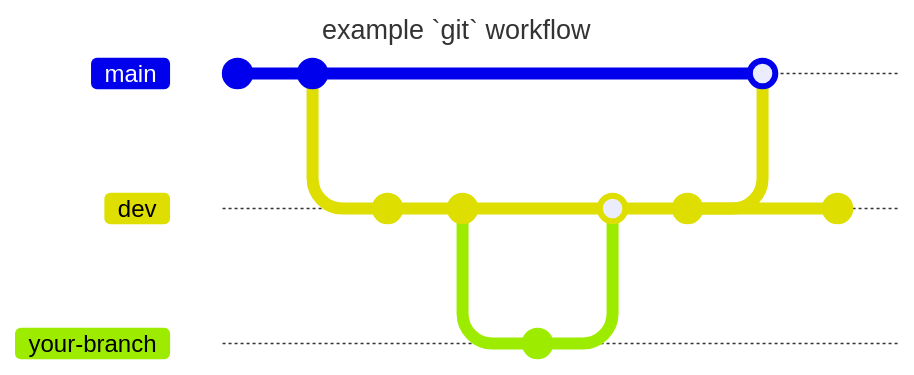
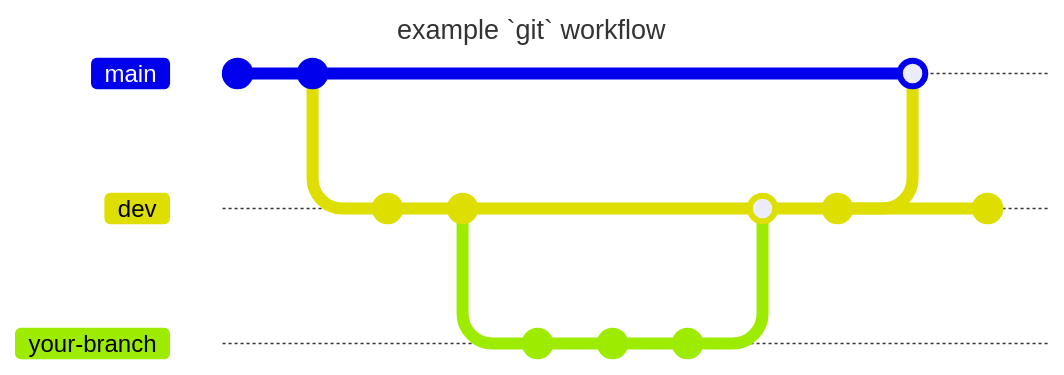
One commit to ojosproject/docs changed the diagram in docs/policies/git.md. Above: the diagram before and after it, drawn with Mermaid. Commit ids are hidden.

Commit message:
docs(policies/git): changed gitGraph to add your-branch commits

````diff
--- a/docs/policies/git.md
+++ b/docs/policies/git.md
@@ -50,22 +50,24 @@
 ```mermaid
 ---
 title: example `git` workflow
 ---
 %%{init: { 'gitGraph': {'showCommitLabel': false}} }%%
 gitGraph
     commit
     commit
     branch dev
     checkout dev
     commit
     commit
     branch your-branch
     commit
+    commit
+    commit
     checkout dev
     merge your-branch
     commit
     checkout main
     merge dev
     checkout dev
     commit
 ```
````
